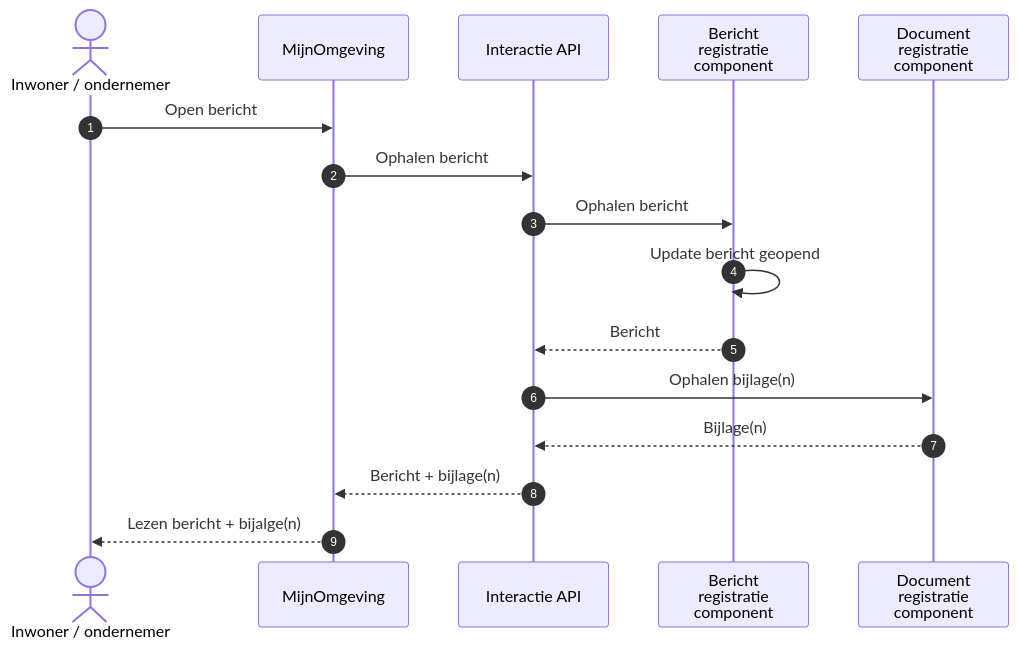
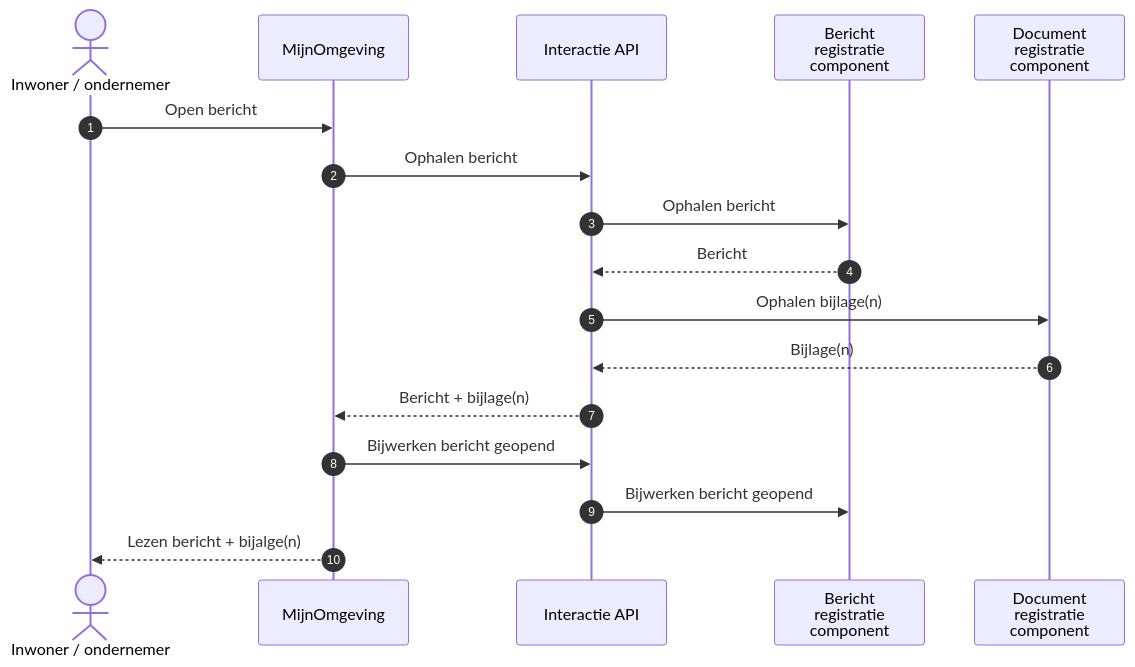
The second of 2 diagrams in docs/mijn-services/bouwstenen/mijn-berichten/index.md (VNG-Realisatie/mijn-services-documentatie), drawn with Mermaid before and after one commit. The commit also changed 1 other file, not shown here.

Commit message:
Sequencediagram MijnBerichten aangepast en MijnZaken toegevoegd

````diff
--- a/docs/mijn-services/bouwstenen/mijn-berichten/index.md
+++ b/docs/mijn-services/bouwstenen/mijn-berichten/index.md
@@ -105,19 +105,20 @@
 ```mermaid
 sequenceDiagram
     autonumber
     actor IW as Inwoner / ondernemer
     participant MO as MijnOmgeving
     participant IAPI as Interactie API
     participant BRC as Bericht<br/>registratie<br/>component
     participant DRC as Document<br/>registratie<br/>component
 
     IW->>MO: Open bericht
     MO->>IAPI: Ophalen bericht
     IAPI->>BRC: Ophalen bericht
-    BRC->>BRC: Update bericht geopend
     BRC-->>IAPI: Bericht
     IAPI->>DRC: Ophalen bijlage(n)
     DRC-->>IAPI: Bijlage(n)
     IAPI-->>MO: Bericht + bijlage(n)
+    MO->>IAPI: Bijwerken bericht geopend
+    IAPI->>BRC: Bijwerken bericht geopend
     MO-->>IW: Lezen bericht + bijalge(n)
 ```
````
